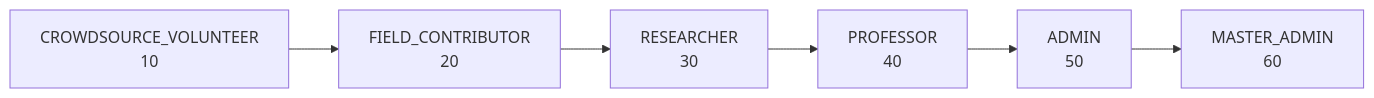
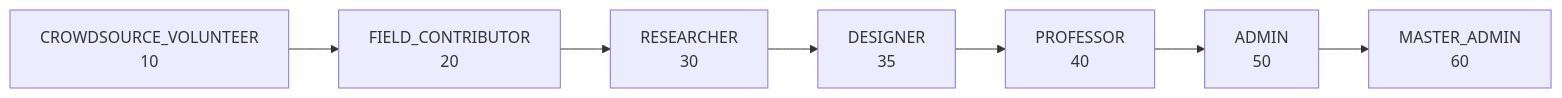
One commit to cxacraftecosystem-ui/designer-portal changed the sixth of 9 diagrams in docs/RESEARCH_NOTES.md. Above: the diagram before and after it, drawn with Mermaid. The commit also changed other lines of this file and 225 other files, not shown here.

````diff
--- a/docs/RESEARCH_NOTES.md
+++ b/docs/RESEARCH_NOTES.md
@@ -733,4 +763,4 @@
 ```mermaid
 flowchart LR
-  v["CROWDSOURCE_VOLUNTEER<br/>10"] --> f["FIELD_CONTRIBUTOR<br/>20"] --> r["RESEARCHER<br/>30"] --> p["PROFESSOR<br/>40"] --> a["ADMIN<br/>50"] --> m["MASTER_ADMIN<br/>60"]
+  v["CROWDSOURCE_VOLUNTEER<br/>10"] --> f["FIELD_CONTRIBUTOR<br/>20"] --> r["RESEARCHER<br/>30"] --> d["DESIGNER<br/>35"] --> p["PROFESSOR<br/>40"] --> a["ADMIN<br/>50"] --> m["MASTER_ADMIN<br/>60"]
 ```
````
